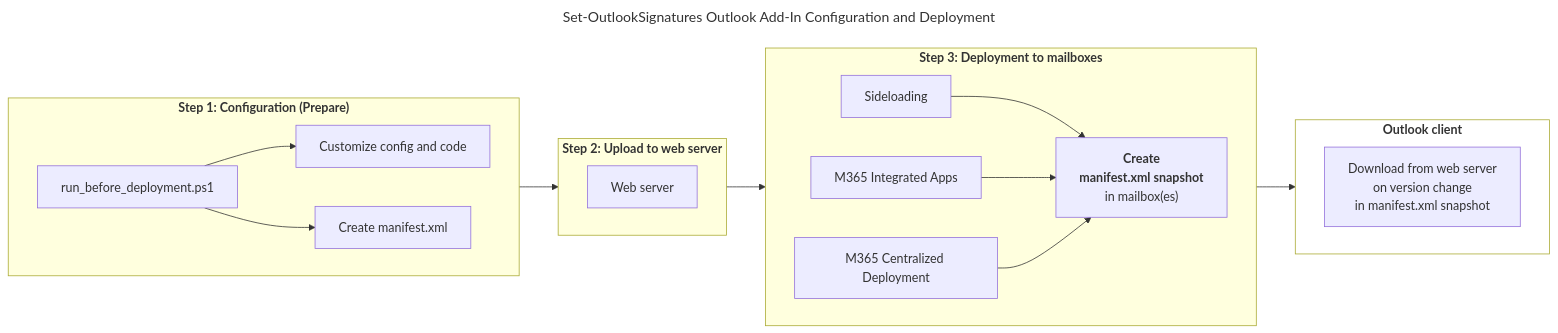
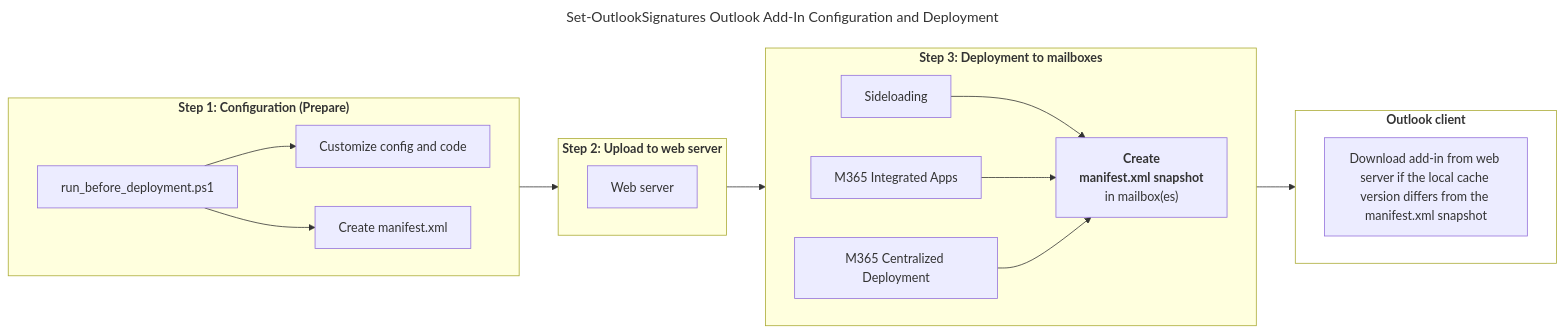
One commit to ExplicITConsulting/set-outlooksignatures.com changed the diagram in outlookaddin.en.md. Above: the diagram before and after it, drawn with Mermaid. The commit also changed 1 other file, not shown here.

Commit message:
docs(details): Clarify stages of signature creation and deployment process

````diff
--- a/outlookaddin.en.md
+++ b/outlookaddin.en.md
@@ -209,48 +209,48 @@
 ```mermaid
 ---
 title: Set-OutlookSignatures Outlook Add-In Configuration and Deployment
 ---
 flowchart LR
   classDef nofill fill:none;
 
   subgraph S1 ["<b>Step 1: Configuration (Prepare)</b>"]
     direction LR
 
     script["run_before_deployment.ps1"]
     files["Customize config and code"]
     manifest["Create manifest.xml"]
 
     script --> files
     script --> manifest
   end
 
   subgraph S2 ["<b>Step 2: Upload to web server</b>"]
     direction LR
 
     server["Web server"]
   end
 
   subgraph Lifecycle ["<b>Outlook client</b>"]
     direction LR
 
-    cache["Download from web server<br/>on version change<br/>in manifest.xml snapshot"]
+    cache["Download add-in from web server if the local cache version differs from the manifest.xml snapshot"]
   end
 
   subgraph S3 ["<b>Step 3: Deployment to mailboxes</b>"]
     direction LR
 
     side["Sideloading"]
     int["M365 Integrated Apps"]
     cent["M365 Centralized Deployment"]
     mbox["<b>Create<br/>manifest.xml snapshot</b><br/>in mailbox(es)"]:::snapshot
 
     side & int & cent --> mbox
   end
 
   S1 --> S2
   S2 --> S3
   S3 --> Lifecycle
 
   class Lifecycle nofill;
   class methods nofill;
 ```
````
